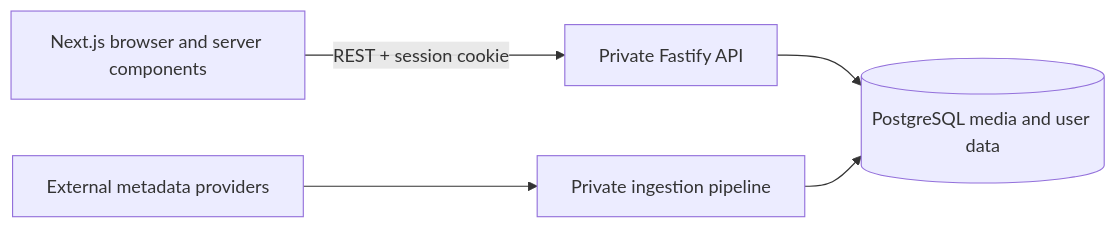
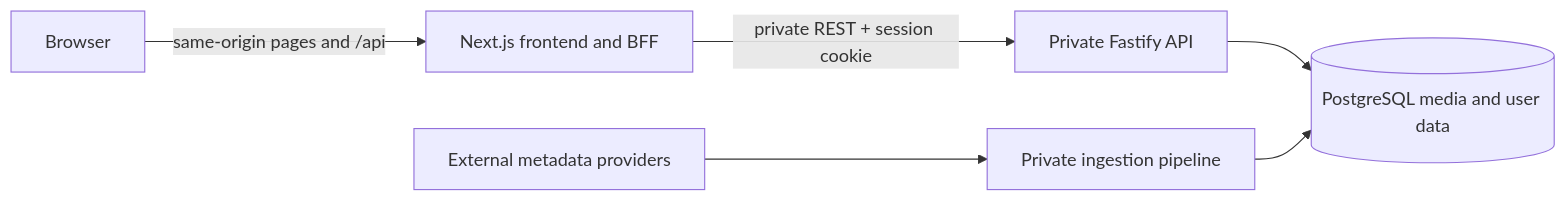
One commit to rabiddoughnuts/OmniMediaTrak-Frontend changed the diagram in README.md. Above: the diagram before and after it, drawn with Mermaid. The commit also changed other lines of this file and 42 other files, not shown here.

````diff
--- a/README.md
+++ b/README.md
@@ -17,7 +21,8 @@
 ```mermaid
 flowchart LR
-    Browser[Next.js browser and server components] -->|REST + session cookie| API[Private Fastify API]
+    Browser[Browser] -->|same-origin pages and /api| Web[Next.js frontend and BFF]
+    Web -->|private REST + session cookie| API[Private Fastify API]
     API --> DB[(PostgreSQL media and user data)]
     Pipeline[Private ingestion pipeline] --> DB
     Providers[External metadata providers] --> Pipeline
 ```
````
